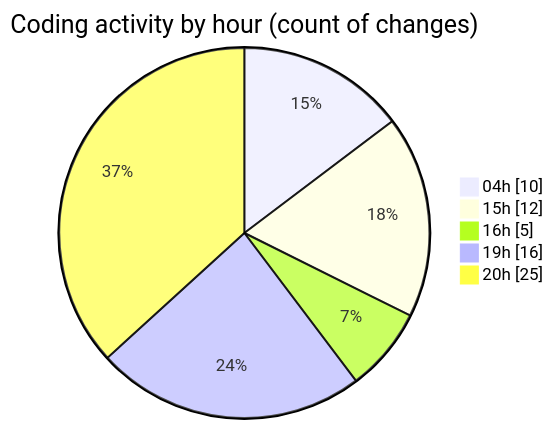
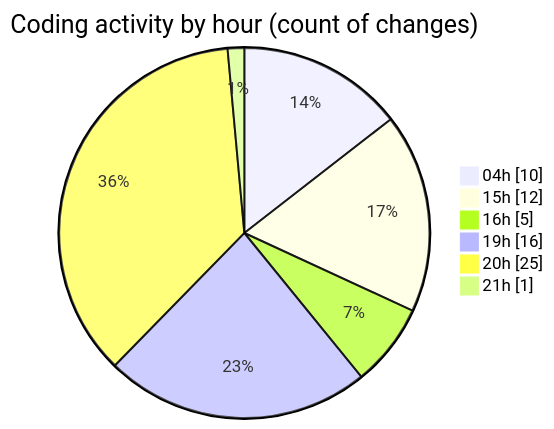
Before and after one commit to charlie-sans/code-tracking: the second of 2 diagrams in 2025-03-17/sharpmasm/README.md, drawn with Mermaid. The commit also changed other lines of this file and 1 other file, not shown here.

````diff
--- a/2025-03-17/sharpmasm/README.md
+++ b/2025-03-17/sharpmasm/README.md
@@ -37,9 +37,10 @@
 ```mermaid
 pie showData
 title Coding activity by hour (count of changes)
 "04h" : 10
 "15h" : 12
 "16h" : 5
 "19h" : 16
 "20h" : 25
+"21h" : 1
 ```
````
